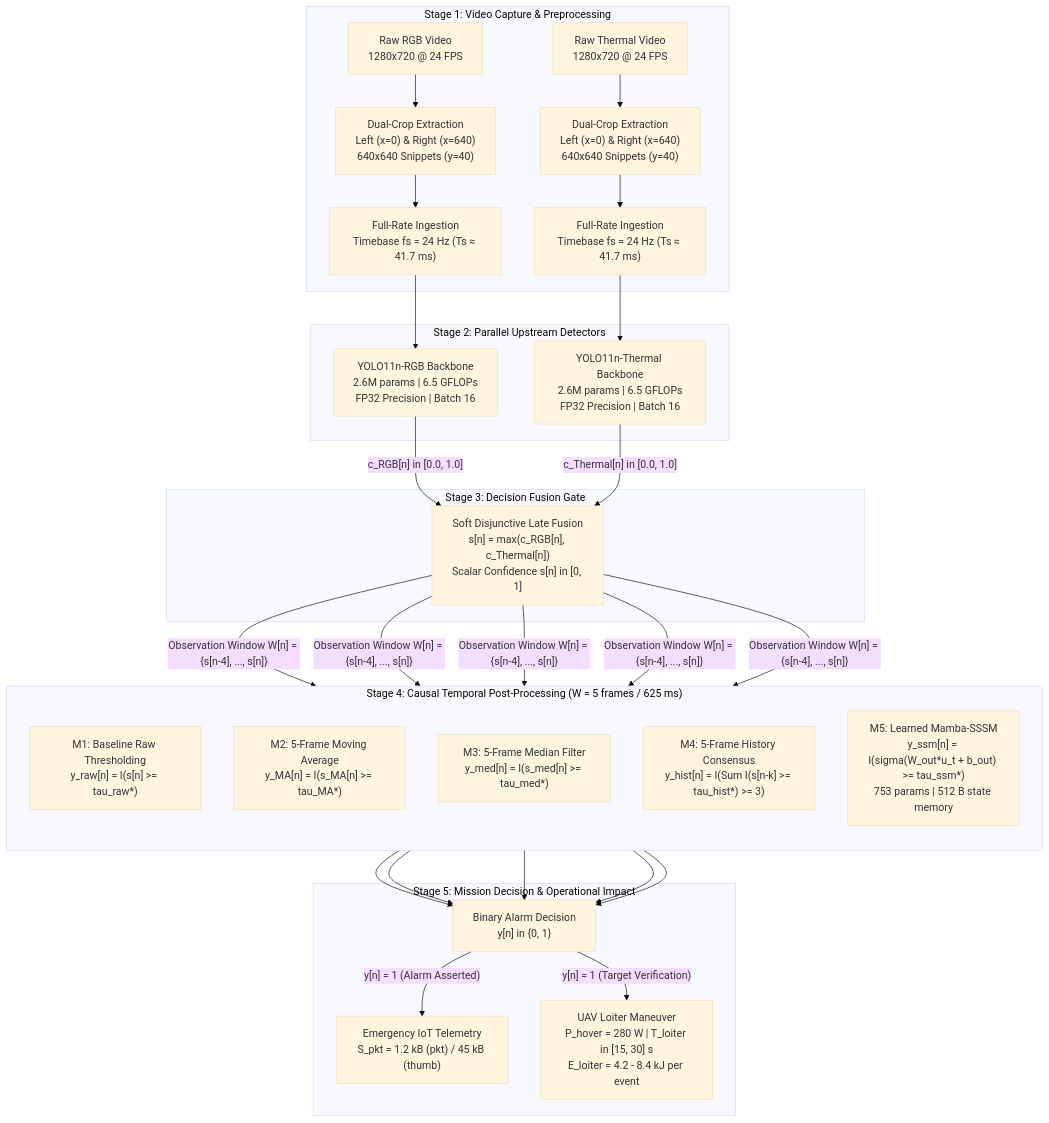
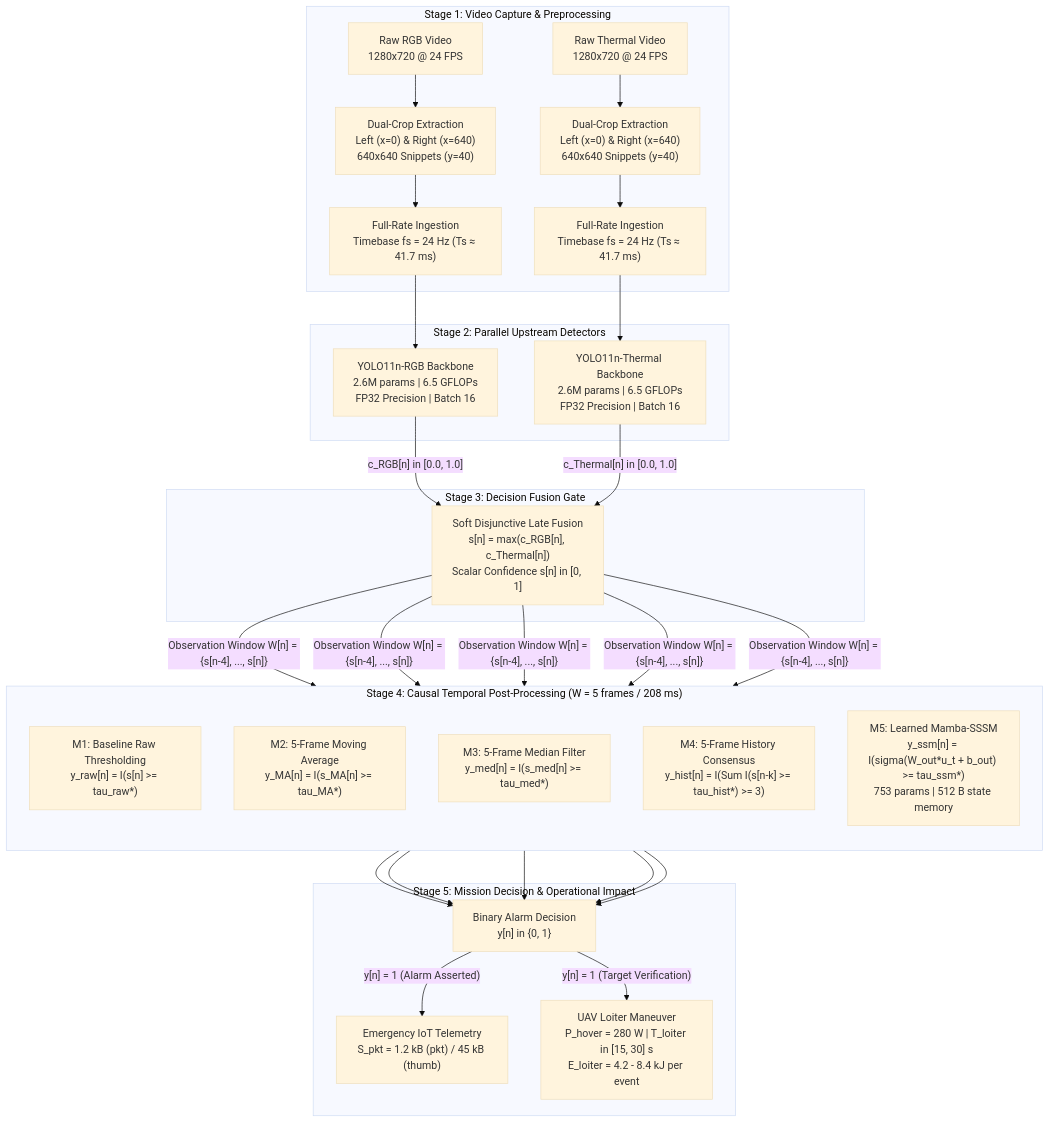
One commit to IamOumarIbrahim/multi-modal-detection changed the diagram in README.md. Above: the diagram before and after it, drawn with Mermaid (base theme). The commit also changed other lines of this file and 88 other files, not shown here.

````diff
--- a/README.md
+++ b/README.md
@@ -55,48 +55,48 @@
 ```mermaid
 flowchart TD
     subgraph S1 ["Stage 1: Video Capture & Preprocessing"]
         RGB_raw["Raw RGB Video\n1280x720 @ 24 FPS"]
         TIR_raw["Raw Thermal Video\n1280x720 @ 24 FPS"]
         Crop_RGB["Dual-Crop Extraction\nLeft (x=0) & Right (x=640)\n640x640 Snippets (y=40)"]
         Crop_TIR["Dual-Crop Extraction\nLeft (x=0) & Right (x=640)\n640x640 Snippets (y=40)"]
         Dec_RGB["Full-Rate Ingestion\nTimebase fs = 24 Hz (Ts ≈ 41.7 ms)"]
         Dec_TIR["Full-Rate Ingestion\nTimebase fs = 24 Hz (Ts ≈ 41.7 ms)"]
     end
 
     subgraph S2 ["Stage 2: Parallel Upstream Detectors"]
         YOLO_RGB["YOLO11n-RGB Backbone\n2.6M params | 6.5 GFLOPs\nFP32 Precision | Batch 16"]
         YOLO_TIR["YOLO11n-Thermal Backbone\n2.6M params | 6.5 GFLOPs\nFP32 Precision | Batch 16"]
     end
 
     subgraph S3 ["Stage 3: Decision Fusion Gate"]
         LateFusion["Soft Disjunctive Late Fusion\ns[n] = max(c_RGB[n], c_Thermal[n])\nScalar Confidence s[n] in [0, 1]"]
     end
 
-    subgraph S4 ["Stage 4: Causal Temporal Post-Processing (W = 5 frames / 625 ms)"]
+    subgraph S4 ["Stage 4: Causal Temporal Post-Processing (W = 5 frames / 208 ms)"]
         direction TB
         M1["M1: Baseline Raw Thresholding\ny_raw[n] = I(s[n] >= tau_raw*)"]
         M2["M2: 5-Frame Moving Average\ny_MA[n] = I(s_MA[n] >= tau_MA*)"]
         M3["M3: 5-Frame Median Filter\ny_med[n] = I(s_med[n] >= tau_med*)"]
         M4["M4: 5-Frame History Consensus\ny_hist[n] = I(Sum I(s[n-k] >= tau_hist*) >= 3)"]
         M5["M5: Learned Mamba-SSSM\ny_ssm[n] = I(sigma(W_out*u_t + b_out) >= tau_ssm*)\n753 params | 512 B state memory"]
     end
 
     subgraph S5 ["Stage 5: Mission Decision & Operational Impact"]
         Alarm["Binary Alarm Decision\ny[n] in {0, 1}"]
         Telemetry["Emergency IoT Telemetry\nS_pkt = 1.2 kB (pkt) / 45 kB (thumb)"]
         Loiter["UAV Loiter Maneuver\nP_hover = 280 W | T_loiter in [15, 30] s\nE_loiter = 4.2 - 8.4 kJ per event"]
     end
 
     RGB_raw --> Crop_RGB --> Dec_RGB --> YOLO_RGB
     TIR_raw --> Crop_TIR --> Dec_TIR --> YOLO_TIR
 
     YOLO_RGB -->|"c_RGB[n] in [0.0, 1.0]"| LateFusion
     YOLO_TIR -->|"c_Thermal[n] in [0.0, 1.0]"| LateFusion
 
     LateFusion -->|"Observation Window W[n] = {s[n-4], ..., s[n]}"| M1 & M2 & M3 & M4 & M5
 
     M1 & M2 & M3 & M4 & M5 --> Alarm
 
     Alarm -->|"y[n] = 1 (Alarm Asserted)"| Telemetry
     Alarm -->|"y[n] = 1 (Target Verification)"| Loiter
 ```
````
